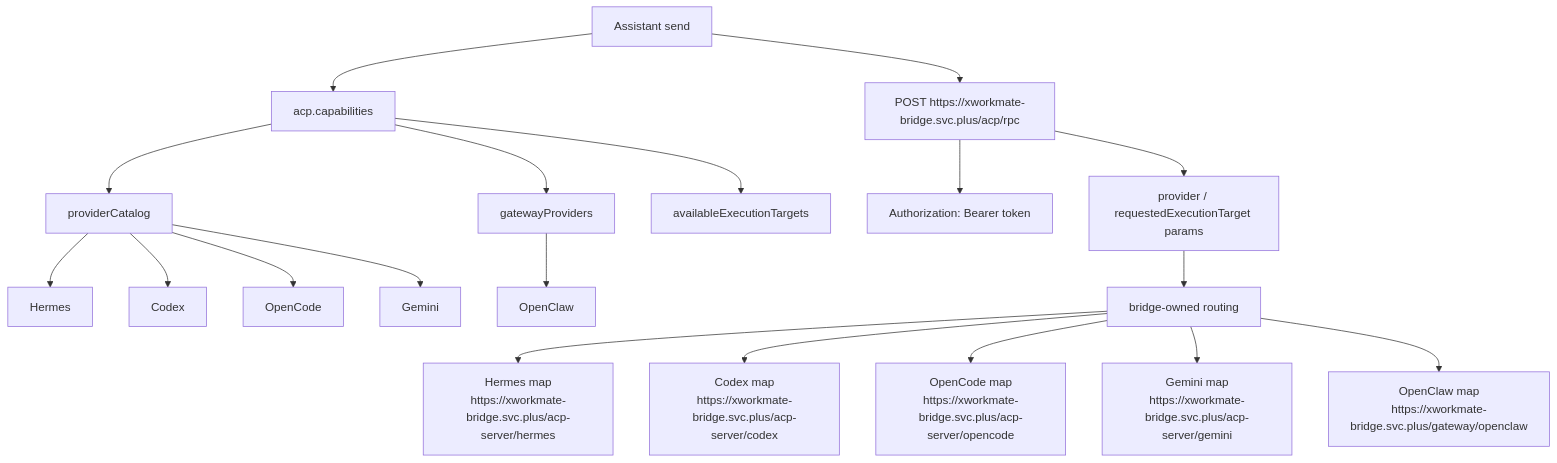
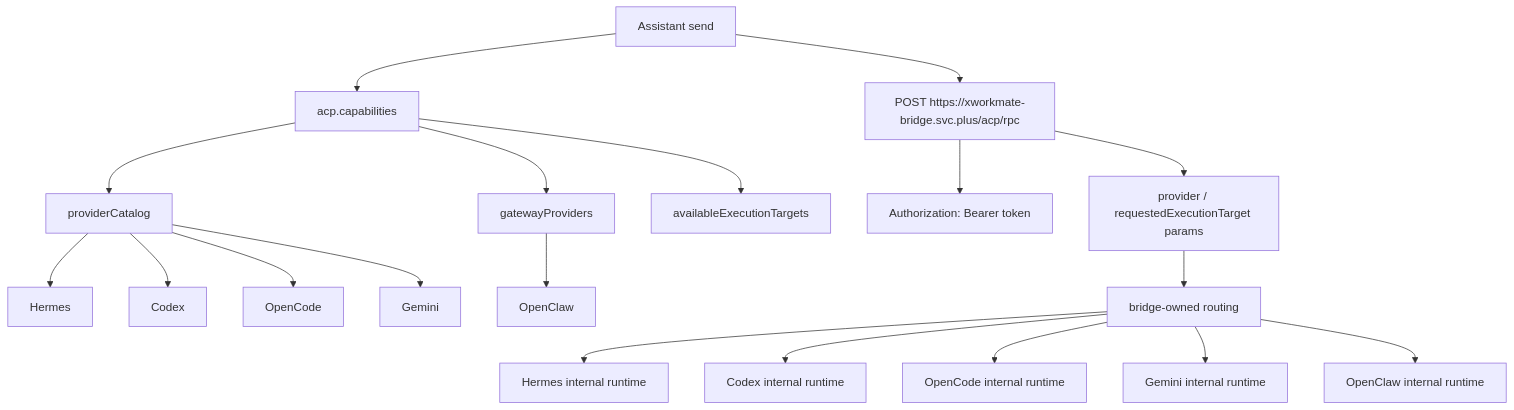
Before and after one commit to ai-workspace-lab/xworkmate-app: the diagram in docs/architecture/bridge-runtime-routing-map.md, drawn with Mermaid. The commit also changed other lines of this file and 6 other files, not shown here.

Commit message:
fix: tighten bridge runtime diagnostics

````diff
--- a/docs/architecture/bridge-runtime-routing-map.md
+++ b/docs/architecture/bridge-runtime-routing-map.md
@@ -11,24 +11,24 @@
 ```mermaid
 flowchart TD
   A["Assistant send"] --> B["acp.capabilities"]
   B --> C["providerCatalog"]
   B --> D["gatewayProviders"]
   B --> E["availableExecutionTargets"]
 
   C --> F["Hermes"]
   C --> G["Codex"]
   C --> H["OpenCode"]
   C --> I["Gemini"]
   D --> J["OpenClaw"]
 
   A --> P["POST https://xworkmate-bridge.svc.plus/acp/rpc"]
   P --> Q["Authorization: Bearer token"]
   P --> R["provider / requestedExecutionTarget params"]
   R --> S["bridge-owned routing"]
 
-  S --> K["Hermes map<br/>https://xworkmate-bridge.svc.plus/acp-server/hermes"]
-  S --> L["Codex map<br/>https://xworkmate-bridge.svc.plus/acp-server/codex"]
-  S --> M["OpenCode map<br/>https://xworkmate-bridge.svc.plus/acp-server/opencode"]
-  S --> N["Gemini map<br/>https://xworkmate-bridge.svc.plus/acp-server/gemini"]
-  S --> O["OpenClaw map<br/>https://xworkmate-bridge.svc.plus/gateway/openclaw"]
+  S --> K["Hermes internal runtime"]
+  S --> L["Codex internal runtime"]
+  S --> M["OpenCode internal runtime"]
+  S --> N["Gemini internal runtime"]
+  S --> O["OpenClaw internal runtime"]
 ```
````
